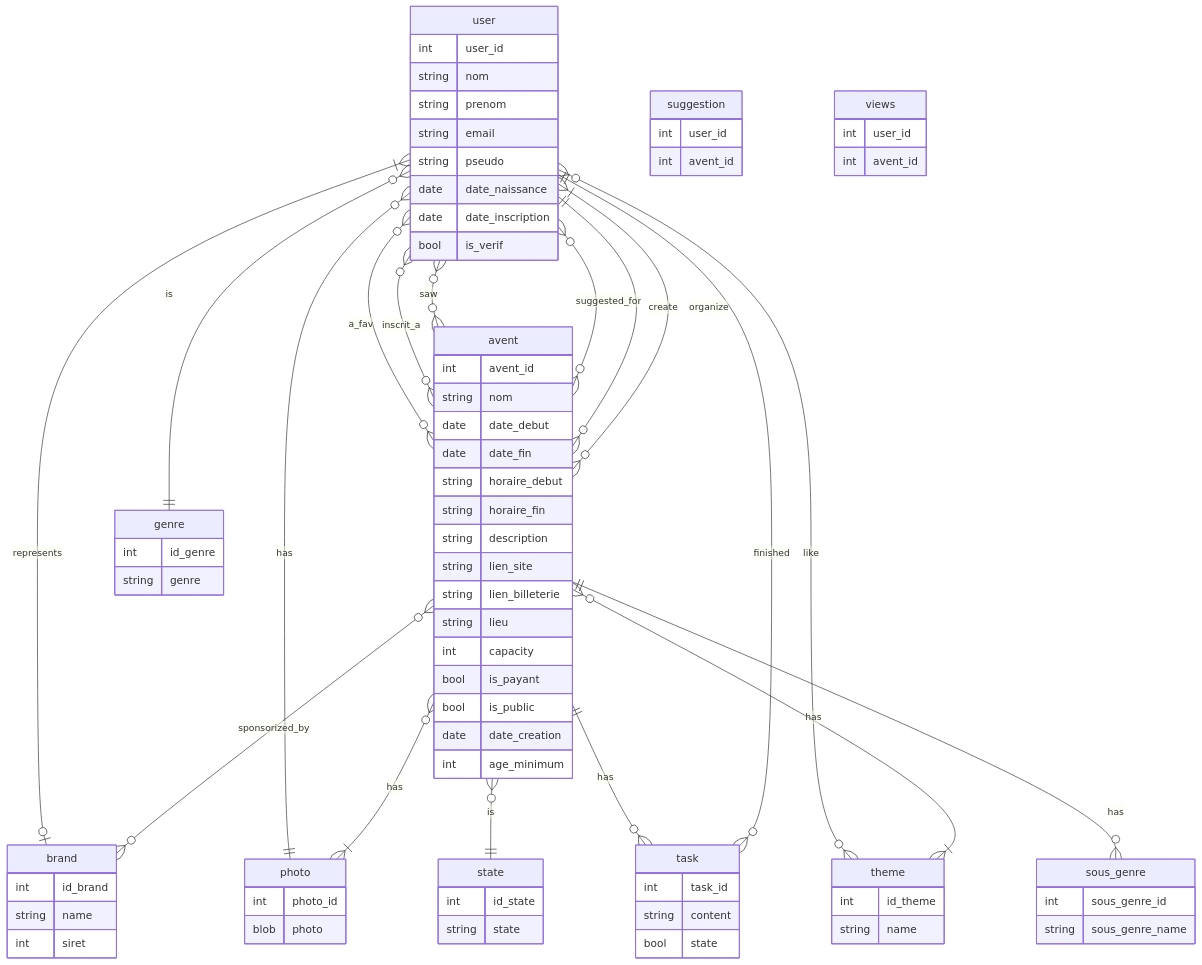
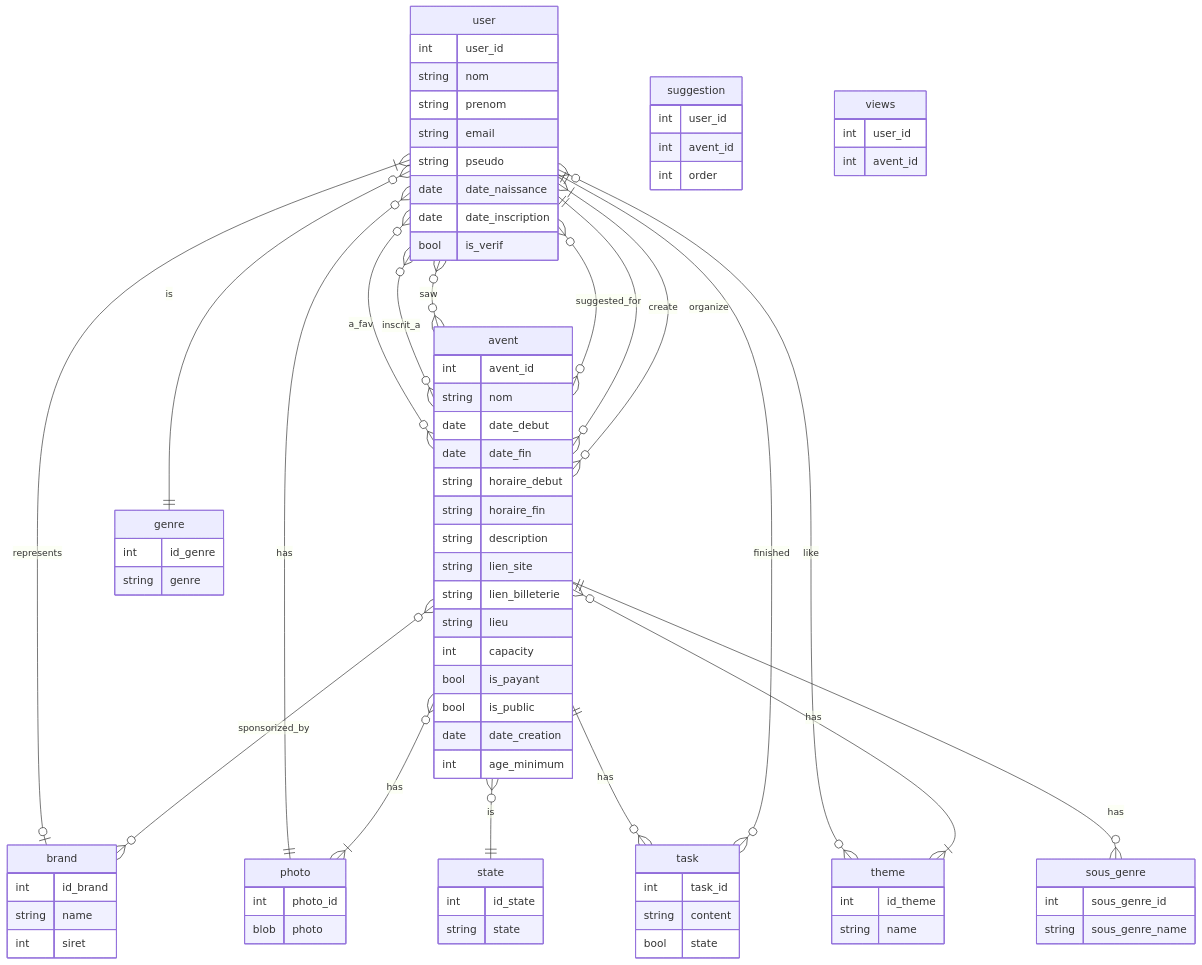
Before and after one commit to AnisChara/Avent: the diagram in Doc/db_diagramm.md, drawn with Mermaid. The commit also changed 2 other files, not shown here.

```diff
--- a/Doc/db_diagramm.md
+++ b/Doc/db_diagramm.md
@@ -73,6 +73,7 @@
     suggestion {
         int user_id
         int avent_id
+        int order
     }
 
     views {
```
